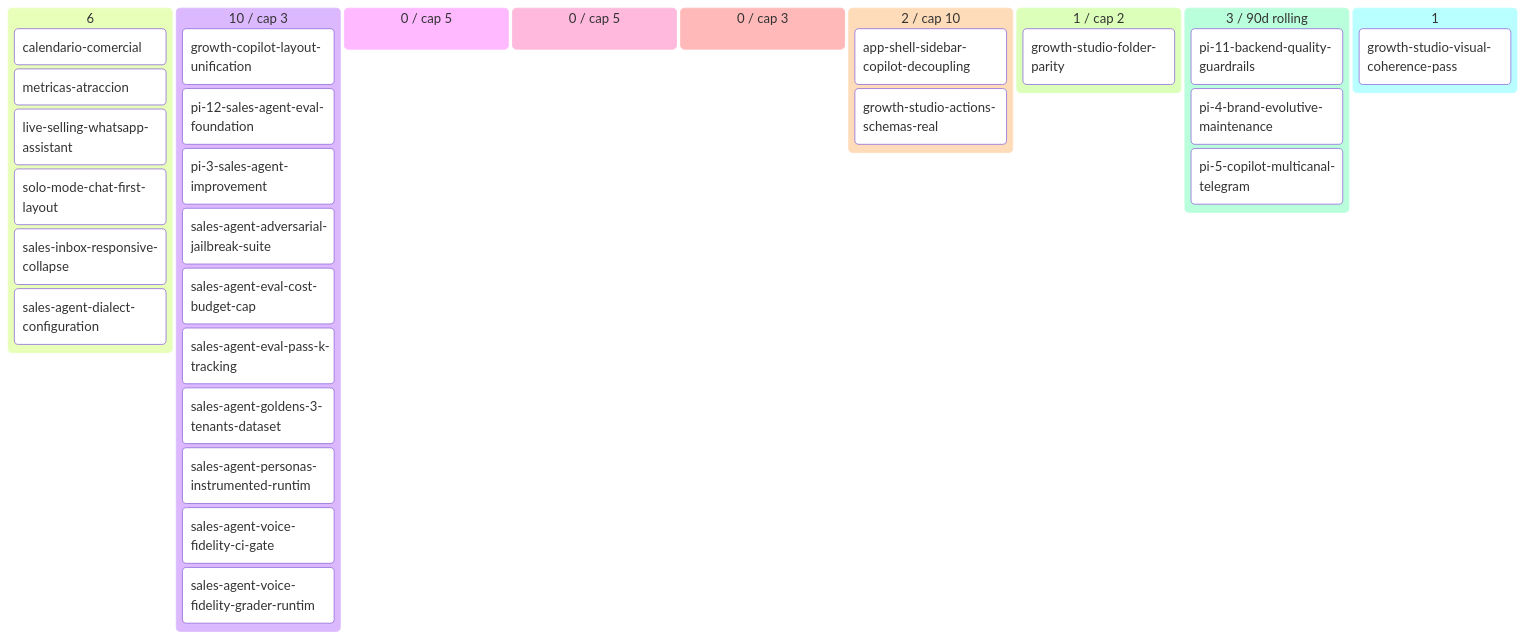
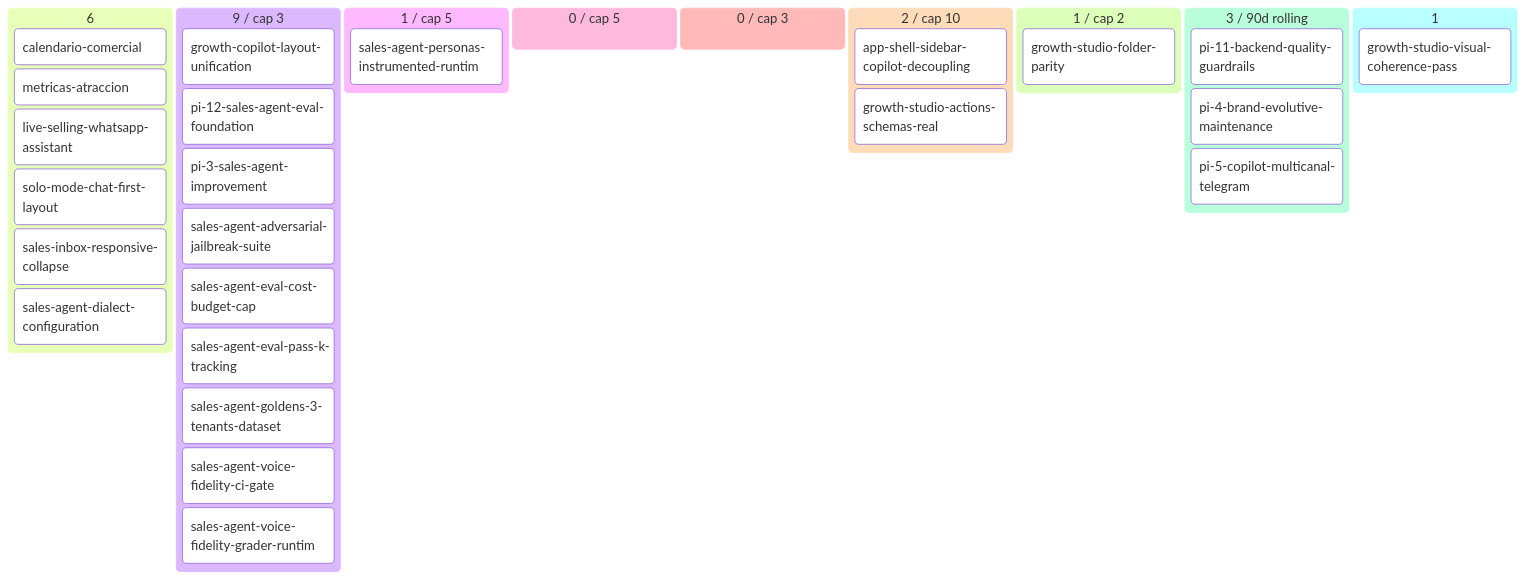
Before and after one commit to alpacapurpura/ap_sales_agent: the diagram in docs/product/BACKLOG.md, drawn with Mermaid. The commit also changed other lines of this file and 6 other files, not shown here.

First line of the commit message:
docs(pi-12): close Story C personas-instrumented-runtime → state=refined

````diff
--- a/docs/product/BACKLOG.md
+++ b/docs/product/BACKLOG.md
@@ -59,35 +58,35 @@
 ```mermaid
 kanban
   💡 Ideas (6)
     calendario-comercial[calendario-comercial]
     metricas-atraccion[metricas-atraccion]
     live-selling-whatsapp-assistan[live-selling-whatsapp-assistant]
     solo-mode-chat-first-layout[solo-mode-chat-first-layout]
     sales-inbox-responsive-collaps[sales-inbox-responsive-collapse]
     sales-agent-dialect-configurat[sales-agent-dialect-configuration]
-  🔬 Refining (10 / cap 3)
+  🔬 Refining (9 / cap 3)
     growth-copilot-layout-unificat[growth-copilot-layout-unification]
     pi-12-sales-agent-eval-foundat[pi-12-sales-agent-eval-foundation]
     pi-3-sales-agent-improvement[pi-3-sales-agent-improvement]
     sales-agent-adversarial-jailbr[sales-agent-adversarial-jailbreak-suite]
     sales-agent-eval-cost-budget-c[sales-agent-eval-cost-budget-cap]
     sales-agent-eval-pass-k-tracki[sales-agent-eval-pass-k-tracking]
     sales-agent-goldens-3-tenants-[sales-agent-goldens-3-tenants-dataset]
-    sales-agent-personas-instrumen[sales-agent-personas-instrumented-runtim]
     sales-agent-voice-fidelity-ci-[sales-agent-voice-fidelity-ci-gate]
     sales-agent-voice-fidelity-gra[sales-agent-voice-fidelity-grader-runtim]
-  ✅ Refined (0 / cap 5)
+  ✅ Refined (1 / cap 5)
+    sales-agent-personas-instrumen[sales-agent-personas-instrumented-runtim]
   📦 Ready (0 / cap 5)
   🔨 Developing (0 / cap 3)
   🧪 Developed (2 / cap 10)
     app-shell-sidebar-copilot-deco[app-shell-sidebar-copilot-decoupling]
     growth-studio-actions-schemas-[growth-studio-actions-schemas-real]
   🔍 Reviewing (1 / cap 2)
     growth-studio-folder-parity[growth-studio-folder-parity]
   ✅ Done (3 / 90d rolling)
     pi-11-backend-quality-guardrai[pi-11-backend-quality-guardrails]
     pi-4-brand-evolutive-maintenan[pi-4-brand-evolutive-maintenance]
     pi-5-copilot-multicanal-telegr[pi-5-copilot-multicanal-telegram]
   🅿 Parked (1)
     growth-studio-visual-coherence[growth-studio-visual-coherence-pass]
 ```
````
